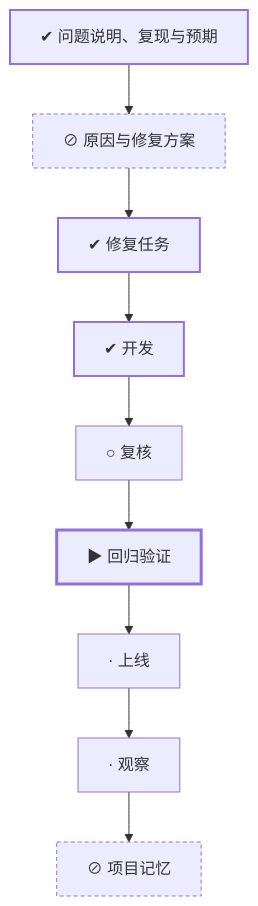
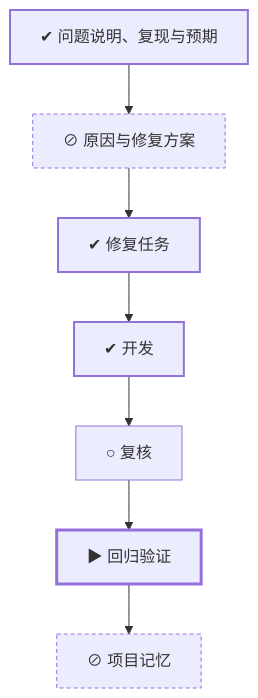
The diagram in development/works/WORK-016/00-work.md (charon2121/cherry-oj), drawn with Mermaid before and after one commit. The commit also changed other lines of this file and 85 other files, not shown here.

````diff
--- a/development/works/WORK-016/00-work.md
+++ b/development/works/WORK-016/00-work.md
@@ -37,20 +37,18 @@
 ```mermaid
 flowchart TD
     definition["✔ 问题说明、复现与预期"]
     design["⊘ 原因与修复方案"]
     tasks["✔ 修复任务"]
     development["✔ 开发"]
     review["○ 复核"]
     verification["▶ 回归验证"]
-    release["· 上线"]
-    observe["· 观察"]
     memory["⊘ 项目记忆"]
-    definition --> design --> tasks --> development --> review --> verification --> release --> observe --> memory
+    definition --> design --> tasks --> development --> review --> verification --> memory
     classDef done stroke-width:2px
     classDef doing stroke-width:3px
     classDef skipped stroke-dasharray:4 3
     classDef blocked stroke-width:3px,stroke-dasharray:2 2
     class definition,tasks,development done
     class verification doing
     class design,memory skipped
 ```
````
